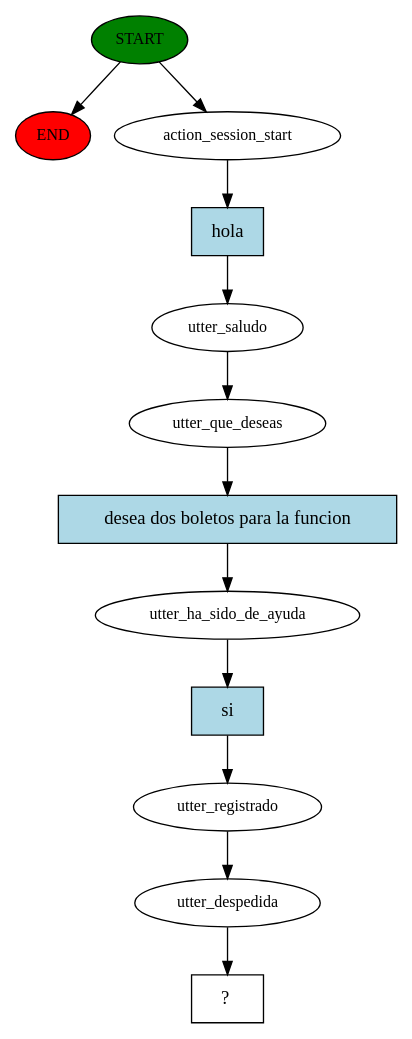
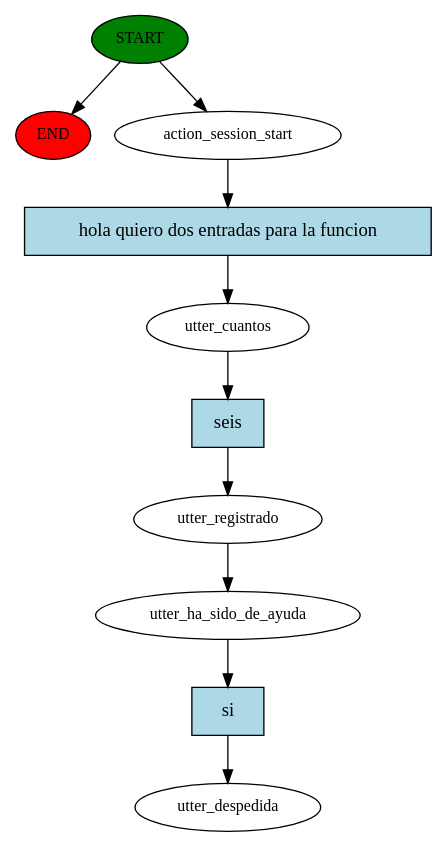
One commit to JFSA-1111/rasa-dsd-0 changed the diagram in story_graph.dot. Above: the diagram before and after it, drawn with Graphviz. The commit also changed 6 other files, not shown here.

```diff
--- a/story_graph.dot
+++ b/story_graph.dot
@@ -1,25 +1,21 @@
 digraph  {
 0 [class="start active", fillcolor=green, fontsize=12, label=START, style=filled];
 "-1" [class=end, fillcolor=red, fontsize=12, label=END, style=filled];
 1 [class=active, fontsize=12, label=action_session_start];
-2 [class=active, fontsize=12, label=utter_saludo];
-3 [class=active, fontsize=12, label=utter_que_deseas];
+2 [class=active, fontsize=12, label=utter_cuantos];
+3 [class=active, fontsize=12, label=utter_registrado];
 4 [class=active, fontsize=12, label=utter_ha_sido_de_ayuda];
-5 [class=active, fontsize=12, label=utter_registrado];
-6 [class=active, fontsize=12, label=utter_despedida];
-7 [class="intent dashed active", label="  ?  ", shape=rect];
-8 [class="intent active", fillcolor=lightblue, label=hola, shape=rect, style=filled];
-9 [class="intent active", fillcolor=lightblue, label="desea dos boletos para la funcion", shape=rect, style=filled];
-10 [class="intent active", fillcolor=lightblue, label=si, shape=rect, style=filled];
+5 [class="dashed active", fontsize=12, label=utter_despedida];
+6 [class="intent active", fillcolor=lightblue, label="hola quiero dos entradas para la funcion", shape=rect, style=filled];
+7 [class="intent active", fillcolor=lightblue, label=seis, shape=rect, style=filled];
+8 [class="intent active", fillcolor=lightblue, label=si, shape=rect, style=filled];
 0 -> "-1"  [class="", key=NONE, label=""];
 0 -> 1  [class=active, key=NONE, label=""];
-1 -> 8  [class=active, key=0];
-2 -> 3  [class=active, key=NONE, label=""];
-3 -> 9  [class=active, key=0];
-4 -> 10  [class=active, key=0];
-5 -> 6  [class=active, key=NONE, label=""];
-6 -> 7  [class=active, key=NONE, label=""];
-8 -> 2  [class=active, key=0];
-9 -> 4  [class=active, key=0];
-10 -> 5  [class=active, key=0];
+1 -> 6  [class=active, key=0];
+2 -> 7  [class=active, key=0];
+3 -> 4  [class=active, key=NONE, label=""];
+4 -> 8  [class=active, key=0];
+6 -> 2  [class=active, key=0];
+7 -> 3  [class=active, key=0];
+8 -> 5  [class=active, key=0];
 }
```
